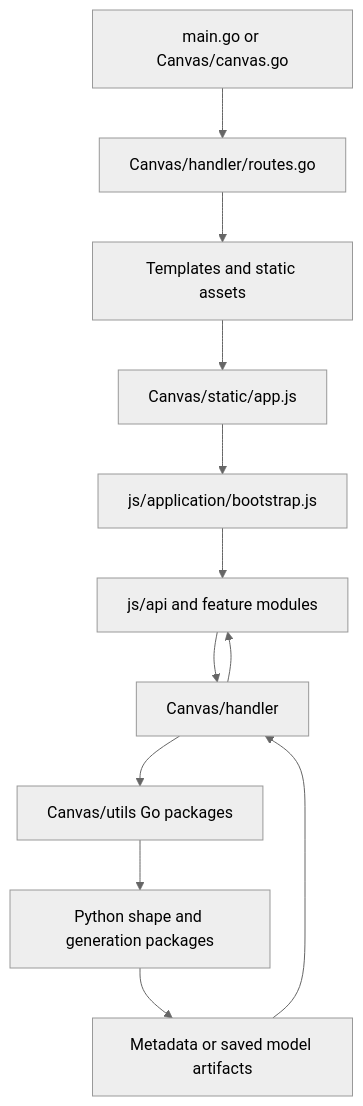
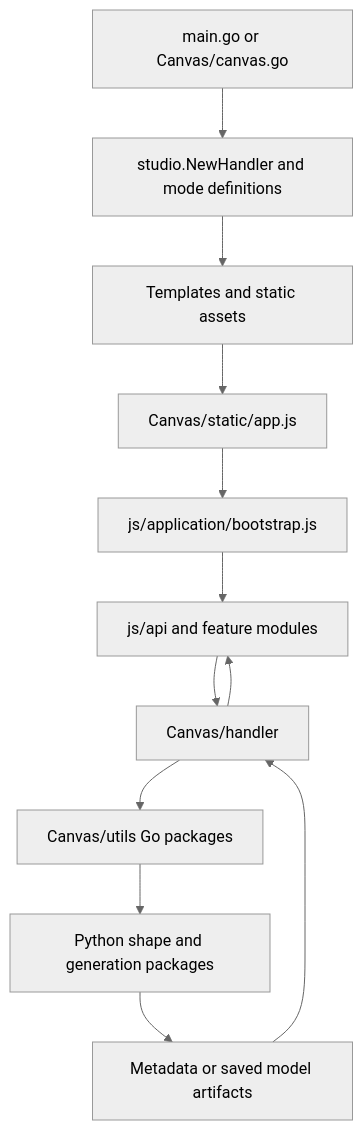
One commit to hoanganhvt/Ein-Theater changed the diagram in src/document.md. Above: the diagram before and after it, drawn with Mermaid (neutral theme). The commit also changed other lines of this file and 72 other files, not shown here.

````diff
--- a/src/document.md
+++ b/src/document.md
@@ -9,14 +11,14 @@
 ```mermaid
 flowchart TD
-    Main[main.go or Canvas/canvas.go] --> Routes[Canvas/handler/routes.go]
+    Main[main.go or Canvas/canvas.go] --> Routes[studio.NewHandler and mode definitions]
     Routes --> Page[Templates and static assets]
     Page --> App[Canvas/static/app.js]
     App --> Init[js/application/bootstrap.js]
     Init --> API[js/api and feature modules]
     API --> Handlers[Canvas/handler]
     Handlers --> Tasks[Canvas/utils Go packages]
     Tasks --> Python[Python shape and generation packages]
     Python --> Output[Metadata or saved model artifacts]
     Output --> Handlers
     Handlers --> API
 ```
````
